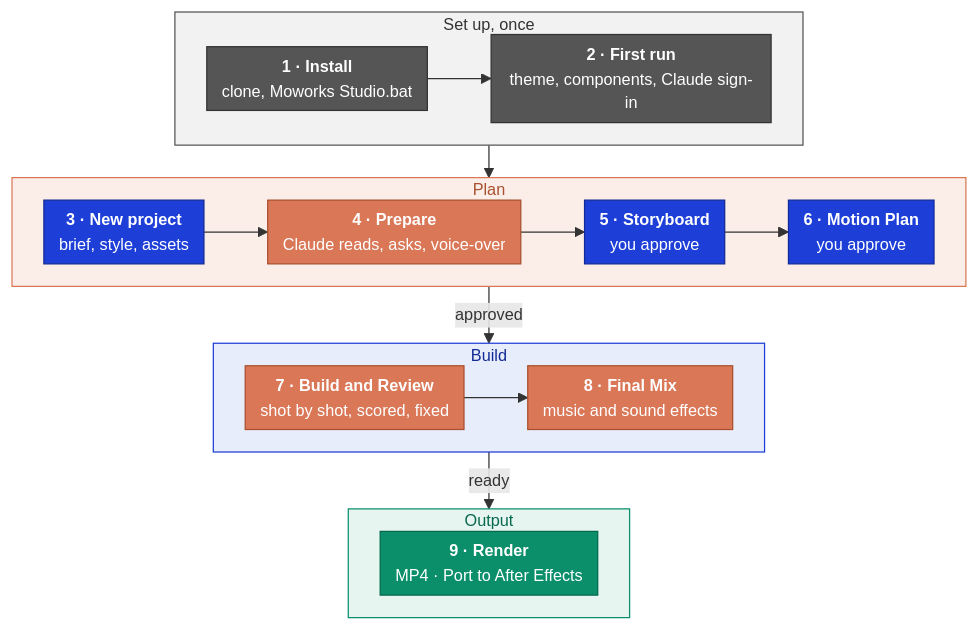
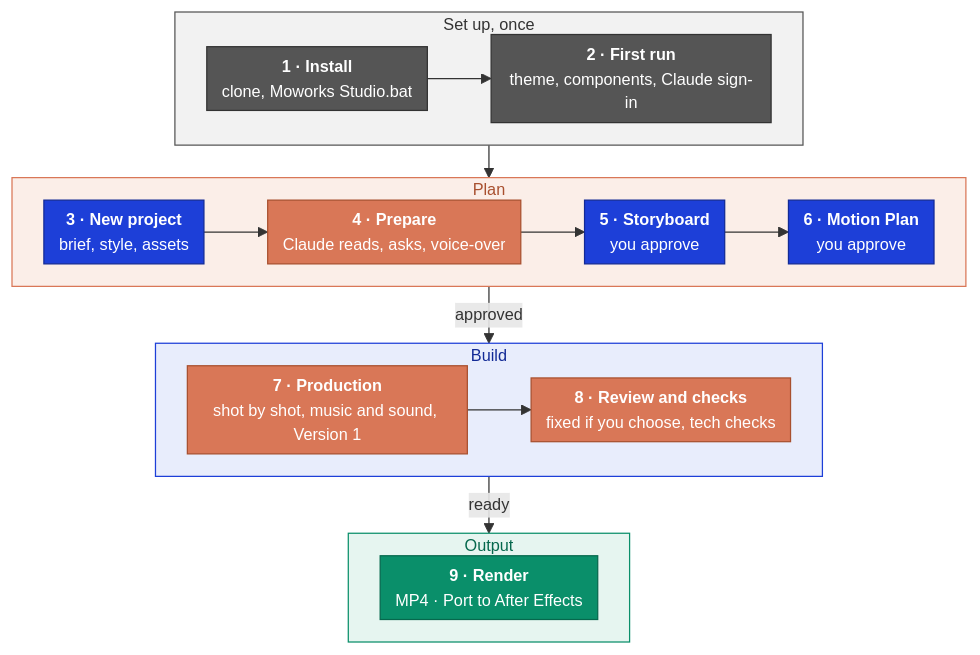
One commit to moworksstudio/moworks-studio changed the diagram in docs/images/diagram-workflow.en.mmd. Above: the diagram before and after it, drawn with Mermaid. The commit also changed 6 other files, not shown here.

```diff
--- a/docs/images/diagram-workflow.en.mmd
+++ b/docs/images/diagram-workflow.en.mmd
@@ -1,32 +1,32 @@
 %%{init: {"themeVariables": {"fontSize": "13px"}, "flowchart": {"nodeSpacing": 16, "rankSpacing": 26, "padding": 6}}}%%
 flowchart TB
     subgraph P1["Set up, once"]
         direction LR
         S1["<b>1 · Install</b><br/>clone, Moworks Studio.bat"] --> S2["<b>2 · First run</b><br/>theme, components, Claude sign-in"]
     end
     subgraph P2["Plan"]
         direction LR
         S3["<b>3 · New project</b><br/>brief, style, assets"] --> S4["<b>4 · Prepare</b><br/>Claude reads, asks, voice-over"] --> S5["<b>5 · Storyboard</b><br/>you approve"] --> S6["<b>6 · Motion Plan</b><br/>you approve"]
     end
     subgraph P3["Build"]
         direction LR
-        S7["<b>7 · Build and Review</b><br/>shot by shot, scored, fixed"] --> S8["<b>8 · Final Mix</b><br/>music and sound effects"]
+        S7["<b>7 · Production</b><br/>shot by shot, music and sound, Version 1"] --> S8["<b>8 · Review and checks</b><br/>fixed if you choose, tech checks"]
     end
     subgraph P4["Output"]
         direction LR
         S9["<b>9 · Render</b><br/>MP4 · Port to After Effects"]
     end
     P1 --> P2 -- "approved" --> P3 -- "ready" --> P4
 
     classDef setup fill:#555555,stroke:#333333,color:#ffffff
     classDef claude fill:#d97757,stroke:#a8502f,color:#ffffff
     classDef user fill:#1d3fd8,stroke:#122a96,color:#ffffff
     classDef out fill:#0a8f6a,stroke:#06684d,color:#ffffff
     class S1,S2 setup
     class S4,S7,S8 claude
     class S3,S5,S6 user
     class S9 out
     style P1 fill:#f2f2f2,stroke:#555555,color:#333333
     style P2 fill:#fbeee8,stroke:#d97757,color:#a8502f
     style P3 fill:#e8edfc,stroke:#1d3fd8,color:#122a96
     style P4 fill:#e6f5f0,stroke:#0a8f6a,color:#06684d
```
